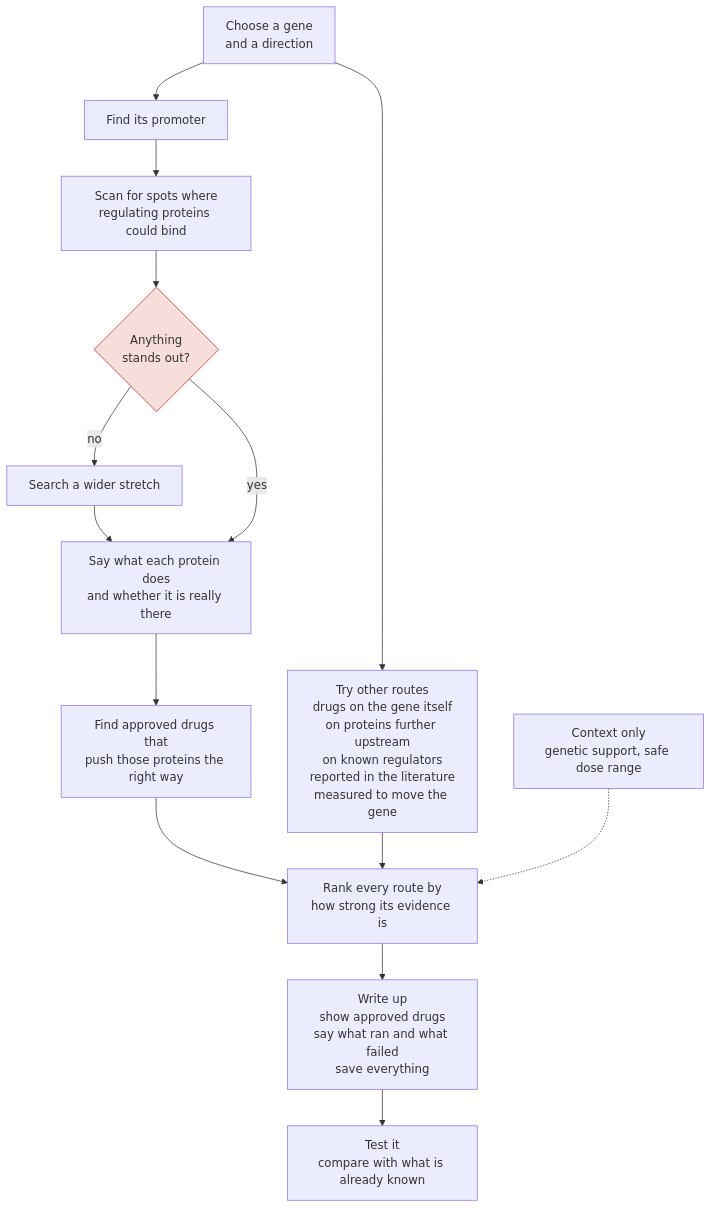
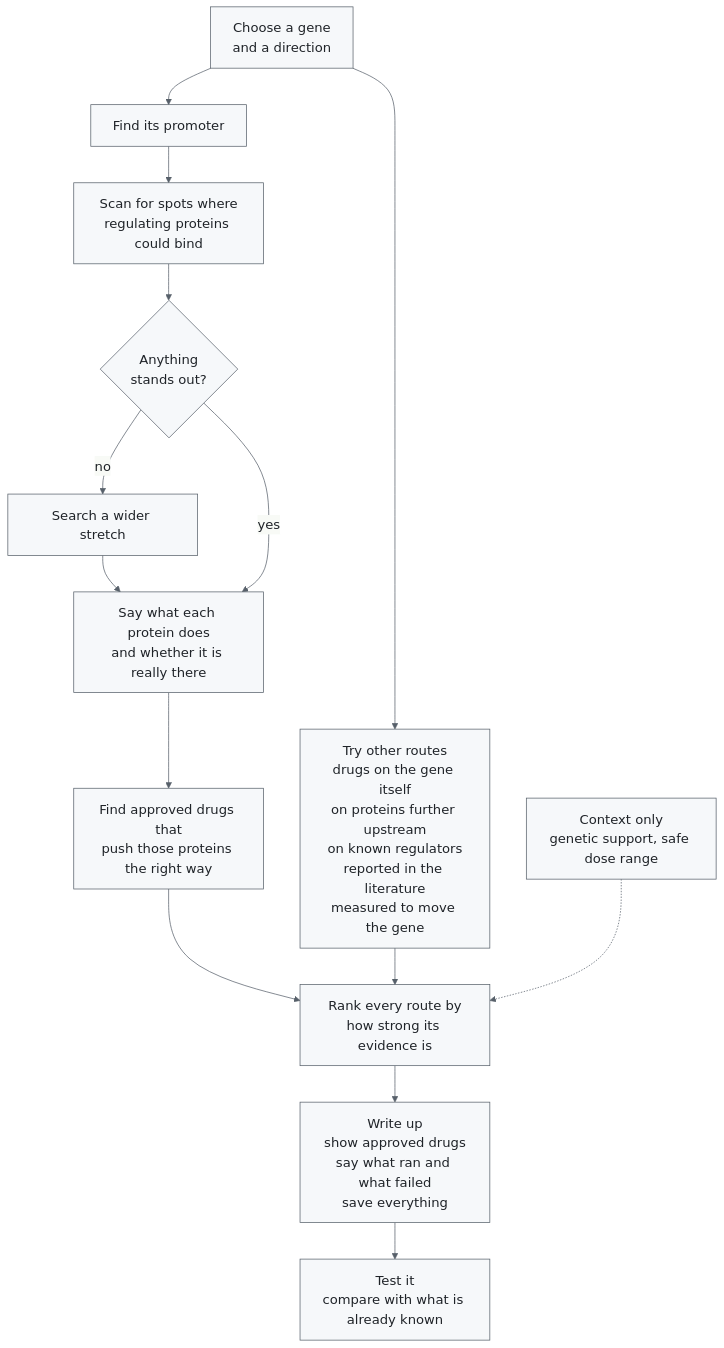
Before and after one commit to kjmartin44/Martins: the diagram in docs/pipeline_detail.mmd, drawn with Mermaid. The commit also changed 25 other files, not shown here.

```diff
--- a/docs/pipeline_detail.mmd
+++ b/docs/pipeline_detail.mmd
@@ -1,20 +1,27 @@
-%% The same run as a flowchart. The one-screen timeline is pipeline.mmd. Source of truth: docs/how-it-works.md.
+---
+config:
+  theme: base
+  themeVariables:
+    fontSize: 18px
+    primaryColor: "#f6f8fa"
+    primaryTextColor: "#1f2328"
+    primaryBorderColor: "#57606a"
+    lineColor: "#57606a"
+---
+%% The same run in more detail. The short version is pipeline.mmd. Source of truth: docs/how-it-works.md.
 flowchart TD
     START["Choose a gene<br/>and a direction"] --> PROM["Find its promoter"]
     PROM --> SCAN["Scan for spots where<br/>regulating proteins could bind"]
     SCAN --> Q{"Anything<br/>stands out?"}
     Q -- no --> WIDE["Search a wider stretch"] --> CHECK
     Q -- yes --> CHECK["Say what each protein does<br/>and whether it is really there"]
     CHECK --> DRUGS["Find approved drugs that<br/>push those proteins the right way"]
 
     START --> OTHER["Try other routes<br/>drugs on the gene itself<br/>on proteins further upstream<br/>on known regulators<br/>reported in the literature<br/>measured to move the gene"]
 
     DRUGS --> RANK["Rank every route by<br/>how strong its evidence is"]
     OTHER --> RANK
     CONTEXT["Context only<br/>genetic support, safe dose range"] -.-> RANK
 
     RANK --> REPORT["Write up<br/>show approved drugs<br/>say what ran and what failed<br/>save everything"]
     REPORT --> TEST["Test it<br/>compare with what is already known"]
-
-    classDef gate fill:#f8dedb,stroke:#b3261e;
-    class Q gate;
```
